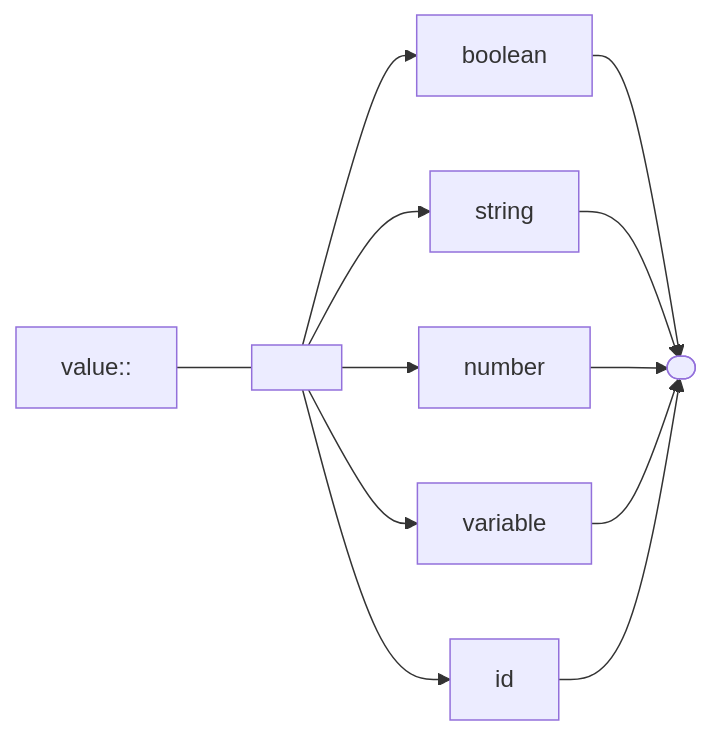
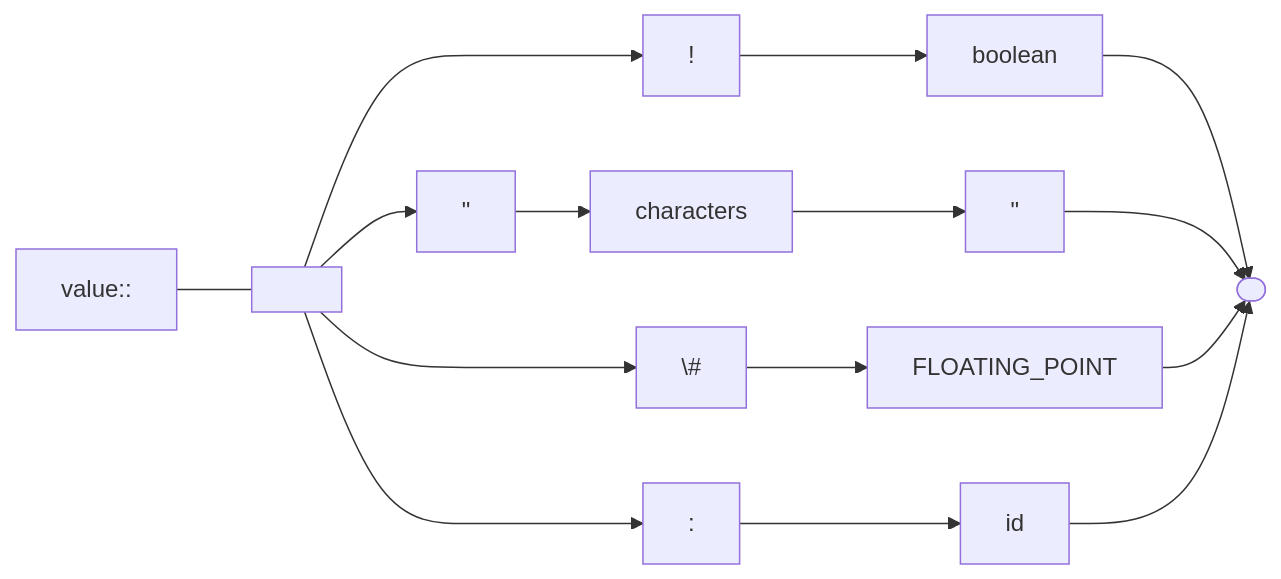
Diagram 13 of 16 in README.md (andrewfstratton/quandoscript), drawn with Mermaid before and after one commit. The commit also changed other lines of this file, not shown here.

````diff
--- a/README.md
+++ b/README.md
@@ -107,10 +95,9 @@
 ```mermaid
 graph LR
     stop([ ])
     value:: --- l[ ]
-    l--> boolean -->stop
-    l--> string -->stop
-    l--> number -->stop
-    l--> variable -->stop
-    l--> id -->stop
+    l--> b[!]--> boolean -->stop
+    l--> q[#quot;] -->characters --> qr[#quot;] -->stop
+    l--> h["\#"]-->FLOATING_POINT -->stop
+    l--> c[":"]--> id -->stop
 ```
````
